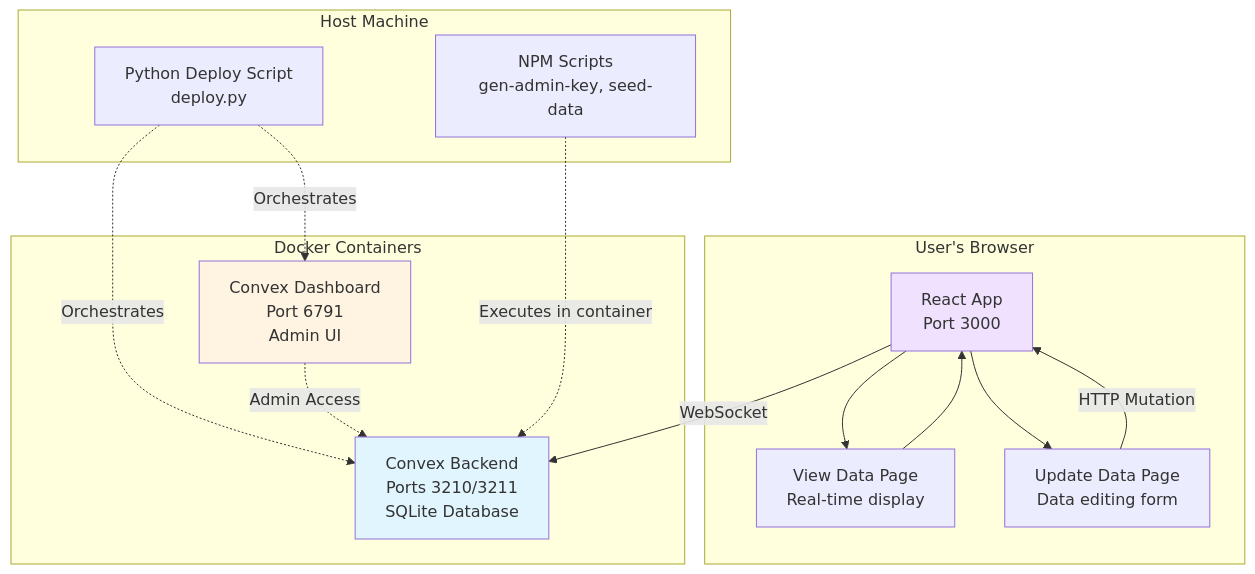
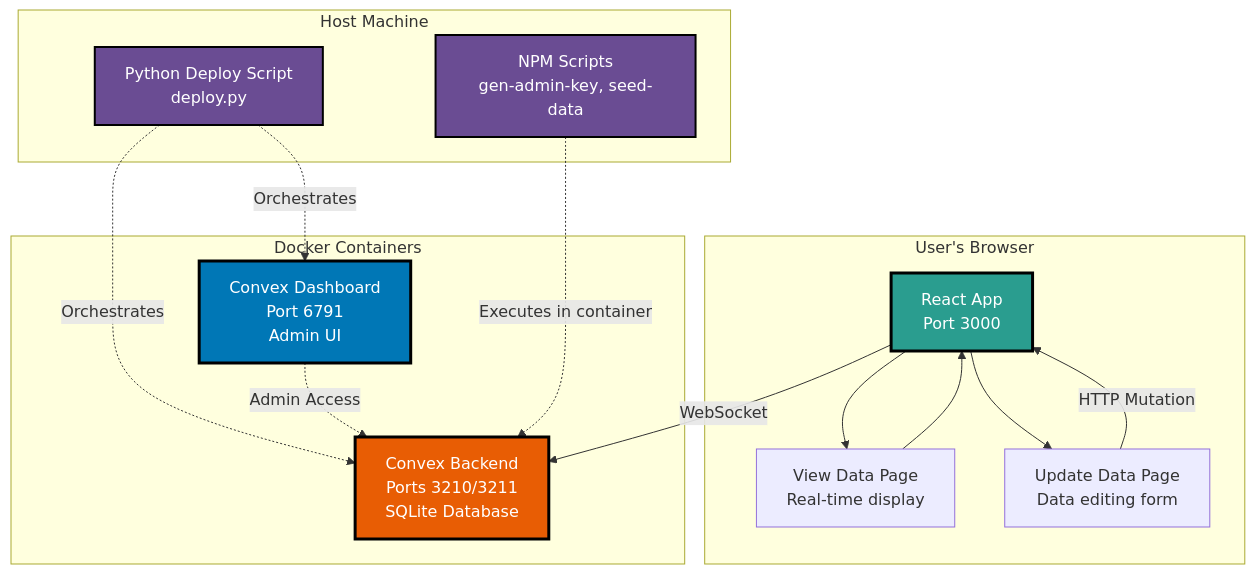
One commit to whezagl/convex-poc changed the first of 2 diagrams in README.md. Above: the diagram before and after it, drawn with Mermaid. The commit also changed other lines of this file, not shown here.

First line of the commit message:
fix: improve mermaid diagram color contrast for accessibility in README

````diff
--- a/README.md
+++ b/README.md
@@ -17,33 +17,35 @@
 ```mermaid
 graph TB
     subgraph "User's Browser"
         A[React App<br/>Port 3000]
         B[View Data Page<br/>Real-time display]
         C[Update Data Page<br/>Data editing form]
     end
 
     subgraph "Docker Containers"
         D[Convex Backend<br/>Ports 3210/3211<br/>SQLite Database]
         E[Convex Dashboard<br/>Port 6791<br/>Admin UI]
     end
 
     subgraph "Host Machine"
         F[Python Deploy Script<br/>deploy.py]
         G[NPM Scripts<br/>gen-admin-key, seed-data]
     end
 
     A -->|WebSocket| D
     B --> A
     C -->|HTTP Mutation| A
     A --> B
     A --> C
 
     F -.->|Orchestrates| D
     F -.->|Orchestrates| E
     E -.->|Admin Access| D
     G -.->|Executes in container| D
 
-    style D fill:#e1f5ff
-    style E fill:#fff4e1
-    style A fill:#f0e1ff
+    style D fill:#E85D04,stroke:#000,stroke-width:3px,color:#fff
+    style E fill:#0077B6,stroke:#000,stroke-width:3px,color:#fff
+    style A fill:#2A9D8F,stroke:#000,stroke-width:3px,color:#fff
+    style F fill:#6A4C93,stroke:#000,stroke-width:2px,color:#fff
+    style G fill:#6A4C93,stroke:#000,stroke-width:2px,color:#fff
 ```
````
